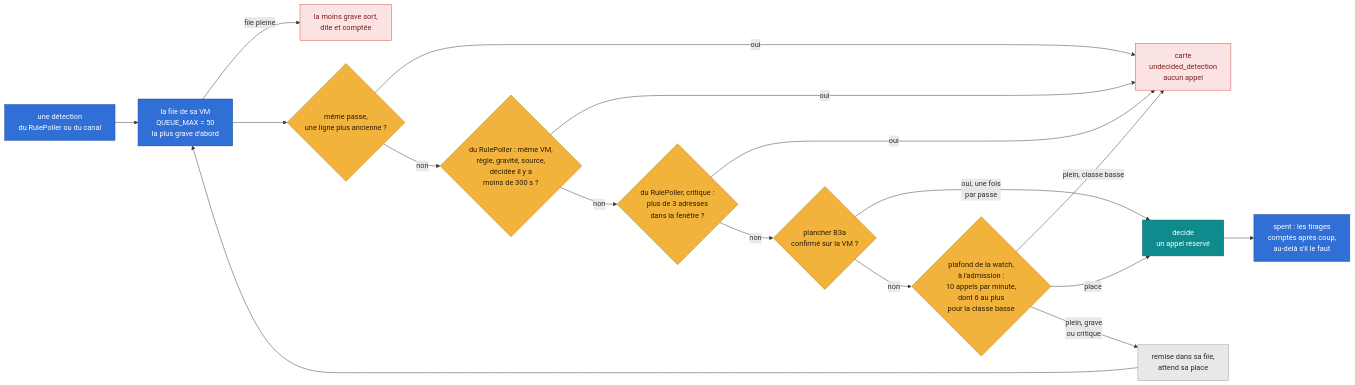
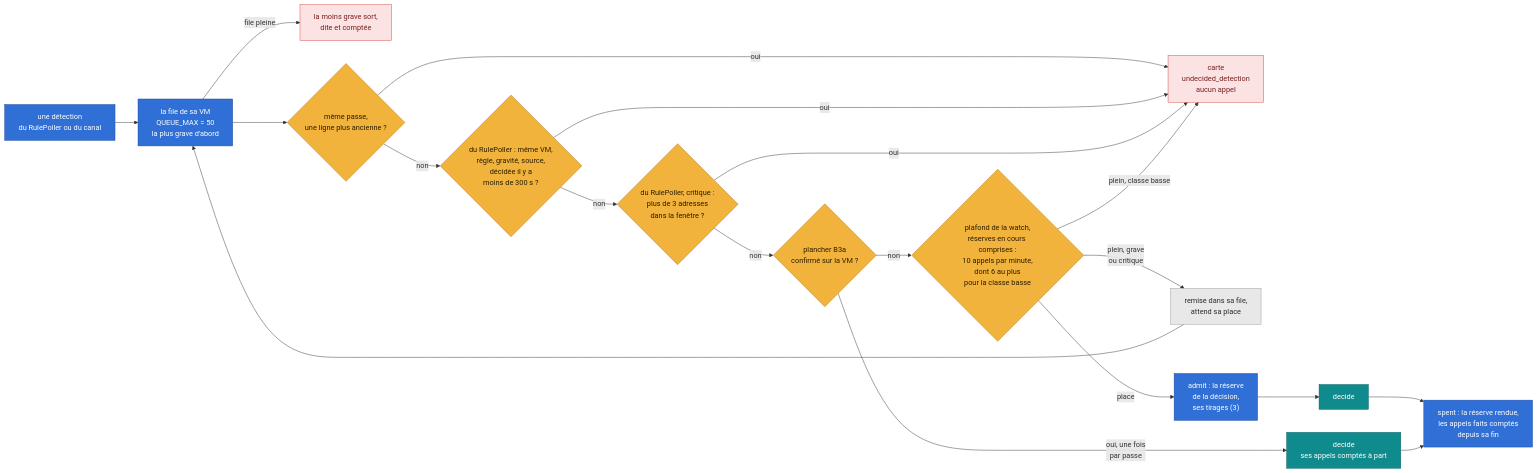
One commit to grootcyber/eregion changed the fourth of 7 diagrams in docs/raisonnement.md. Above: the diagram before and after it, drawn with Mermaid. The commit also changed other lines of this file and 5 other files, not shown here.

First line of the commit message:
docs(glorfindel): la porte de la watch tient sa borne — la file de décision, le raisonnement §2.5, le modèle de menace, le fragment et la brique (PRT1, #1060)

````diff
--- a/docs/raisonnement.md
+++ b/docs/raisonnement.md
@@ -293,29 +294,31 @@
 ```mermaid
 flowchart LR
     D["une détection<br/>du RulePoller ou du canal"] --> Q["la file de sa VM<br/>QUEUE_MAX = 50<br/>la plus grave d'abord"]
     Q -->|"file pleine"| OUT["la moins grave sort,<br/>dite et comptée"]
     Q --> SP{"même passe,<br/>une ligne plus ancienne ?"}
     SP -->|"oui"| U["carte<br/>undecided_detection<br/>aucun appel"]
     SP -->|"non"| DD{"du RulePoller : même VM,<br/>règle, gravité, source,<br/>décidée il y a<br/>moins de 300 s ?"}
     DD -->|"oui"| U
     DD -->|"non"| CA{"du RulePoller, critique :<br/>plus de 3 adresses<br/>dans la fenêtre ?"}
     CA -->|"oui"| U
     CA -->|"non"| FL{"plancher B3a<br/>confirmé sur la VM ?"}
-    FL -->|"oui, une fois<br/>par passe"| CALL["decide<br/>un appel réservé"]
-    FL -->|"non"| PW{"plafond de la watch,<br/>à l'admission :<br/>10 appels par minute,<br/>dont 6 au plus<br/>pour la classe basse"}
-    PW -->|"place"| CALL
+    FL -->|"oui, une fois<br/>par passe"| FCALL["decide<br/>ses appels comptés à part"]
+    FL -->|"non"| PW{"plafond de la watch,<br/>réserves en cours comprises :<br/>10 appels par minute,<br/>dont 6 au plus<br/>pour la classe basse"}
     PW -->|"plein, classe basse"| U
     PW -->|"plein, grave<br/>ou critique"| W["remise dans sa file,<br/>attend sa place"]
     W --> Q
-    CALL --> SPT["spent : les tirages<br/>comptés après coup,<br/>au-delà s'il le faut"]
+    PW -->|"place"| RES["admit : la réserve<br/>de la décision,<br/>ses tirages (3)"]
+    RES --> CALL2["decide"]
+    CALL2 --> SPT["spent : la réserve rendue,<br/>les appels faits comptés<br/>depuis sa fin"]
+    FCALL --> SPT
     classDef blue fill:#2f6fd6,stroke:#1d4a9a,color:#ffffff
     classDef guard fill:#f2b33d,stroke:#b07a12,color:#2b1d00
     classDef warn fill:#fbe3e3,stroke:#d64545,color:#7a1f1f
     classDef model fill:#0f8b8d,stroke:#0a5f60,color:#ffffff
     classDef data fill:#e8e8e8,stroke:#9a9a9a,color:#2b2b2b
-    class D,Q,SPT blue
+    class D,Q,SPT,RES blue
     class SP,DD,CA,FL,PW guard
     class U,OUT warn
     class W data
-    class CALL model
+    class CALL2,FCALL model
 ```
````
